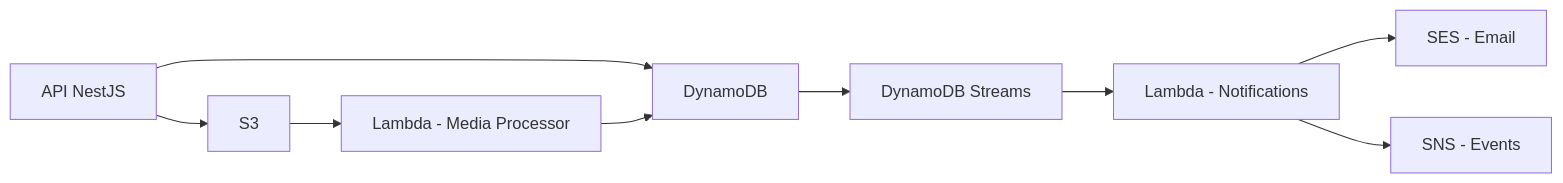
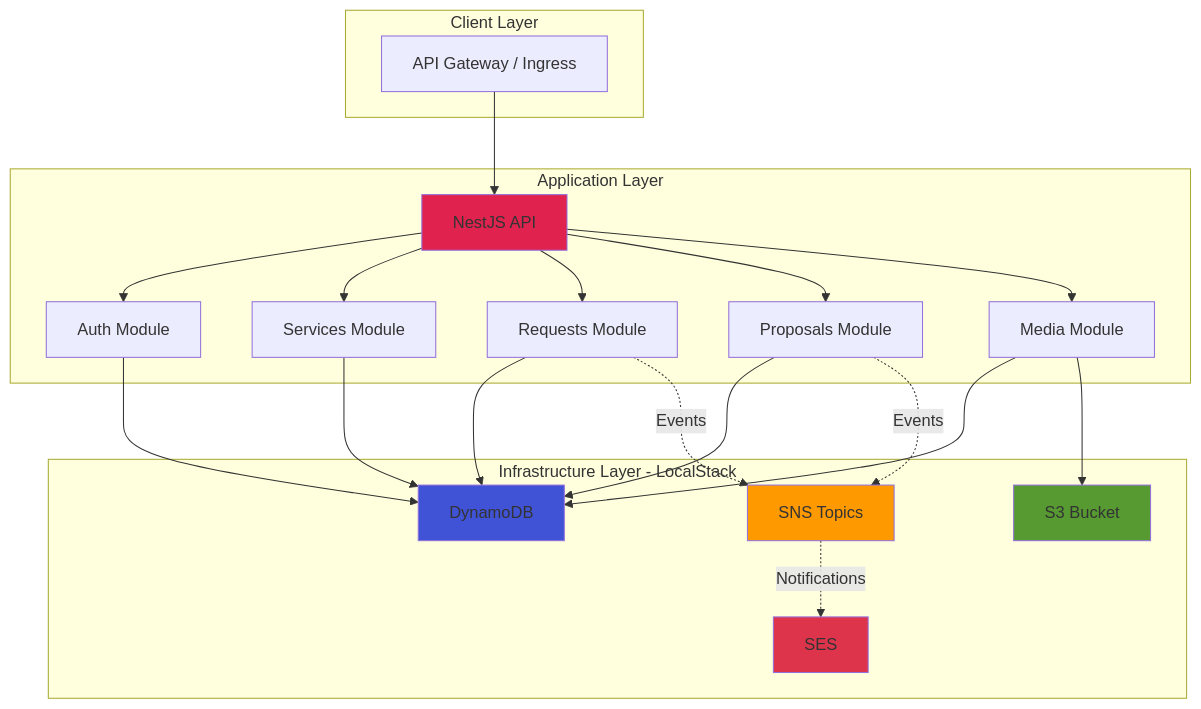
Before and after one commit to samuka7abr/Service-Marketplace: the diagram in README.md, drawn with Mermaid. The commit also changed other lines of this file, not shown here.

````diff
--- a/README.md
+++ b/README.md
@@ -50,11 +55,46 @@
 ```mermaid
-graph LR
-    A[API NestJS] --> B[DynamoDB]
-    B --> C[DynamoDB Streams]
-    C --> D[Lambda - Notifications]
-    D --> E[SES - Email]
-    D --> F[SNS - Events]
-    A --> G[S3]
-    G --> H[Lambda - Media Processor]
-    H --> B
+graph TB
+    subgraph "Client Layer"
+        A[API Gateway / Ingress]
+    end
+    
+    subgraph "Application Layer"
+        B[NestJS API]
+        B1[Auth Module]
+        B2[Services Module]
+        B3[Requests Module]
+        B4[Proposals Module]
+        B5[Media Module]
+    end
+    
+    subgraph "Infrastructure Layer - LocalStack"
+        C[DynamoDB]
+        D[S3 Bucket]
+        E[SNS Topics]
+        F[SES]
+    end
+    
+    A --> B
+    B --> B1
+    B --> B2
+    B --> B3
+    B --> B4
+    B --> B5
+    
+    B1 --> C
+    B2 --> C
+    B3 --> C
+    B4 --> C
+    B5 --> C
+    B5 --> D
+    
+    B3 -.->|Events| E
+    B4 -.->|Events| E
+    E -.->|Notifications| F
+    
+    style B fill:#e0234e
+    style C fill:#4053d6
+    style D fill:#569a31
+    style E fill:#ff9900
+    style F fill:#dd344c
 ```
````
